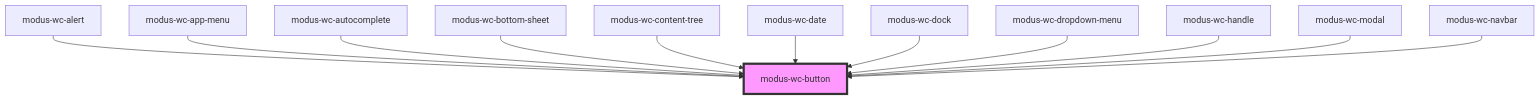
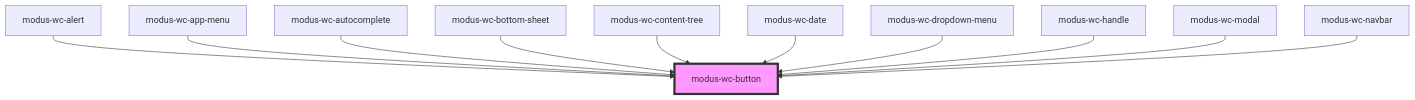
The diagram in src/components/modus-wc-button/readme.md (trimble-oss/modus-wc-2.0), drawn with Mermaid before and after one commit. The commit also changed other lines of this file and 10 other files, not shown here.

````diff
--- a/src/components/modus-wc-button/readme.md
+++ b/src/components/modus-wc-button/readme.md
@@ -51,15 +50,14 @@
 ```mermaid
 graph TD;
   modus-wc-alert --> modus-wc-button
   modus-wc-app-menu --> modus-wc-button
   modus-wc-autocomplete --> modus-wc-button
   modus-wc-bottom-sheet --> modus-wc-button
   modus-wc-content-tree --> modus-wc-button
   modus-wc-date --> modus-wc-button
-  modus-wc-dock --> modus-wc-button
   modus-wc-dropdown-menu --> modus-wc-button
   modus-wc-handle --> modus-wc-button
   modus-wc-modal --> modus-wc-button
   modus-wc-navbar --> modus-wc-button
   style modus-wc-button fill:#f9f,stroke:#333,stroke-width:4px
 ```
````
